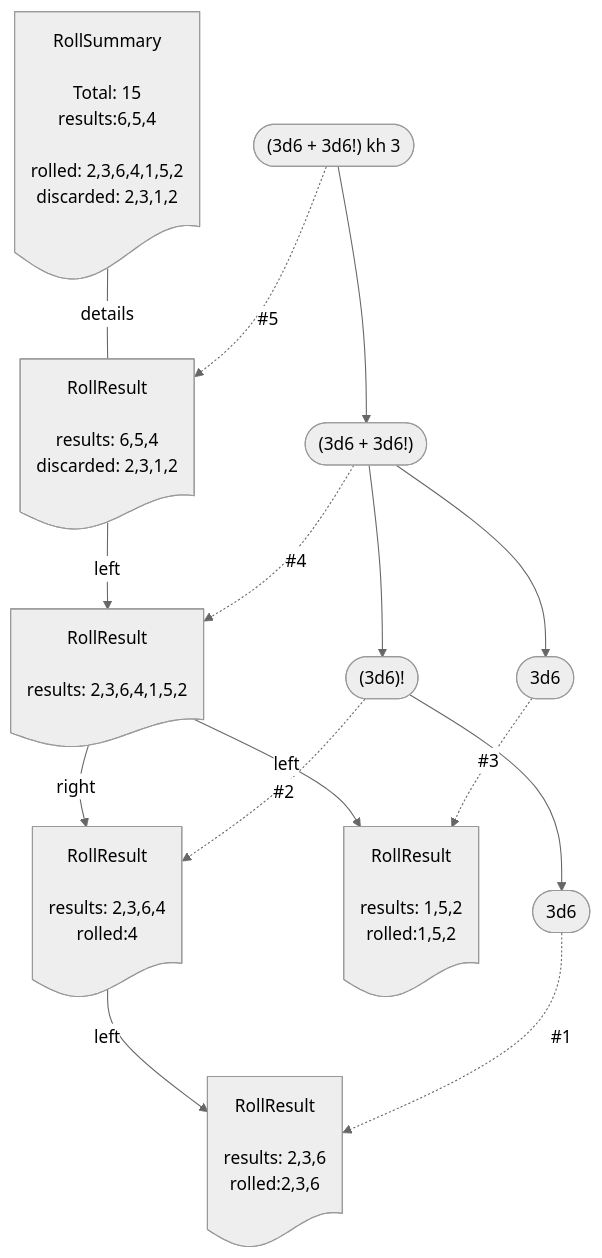
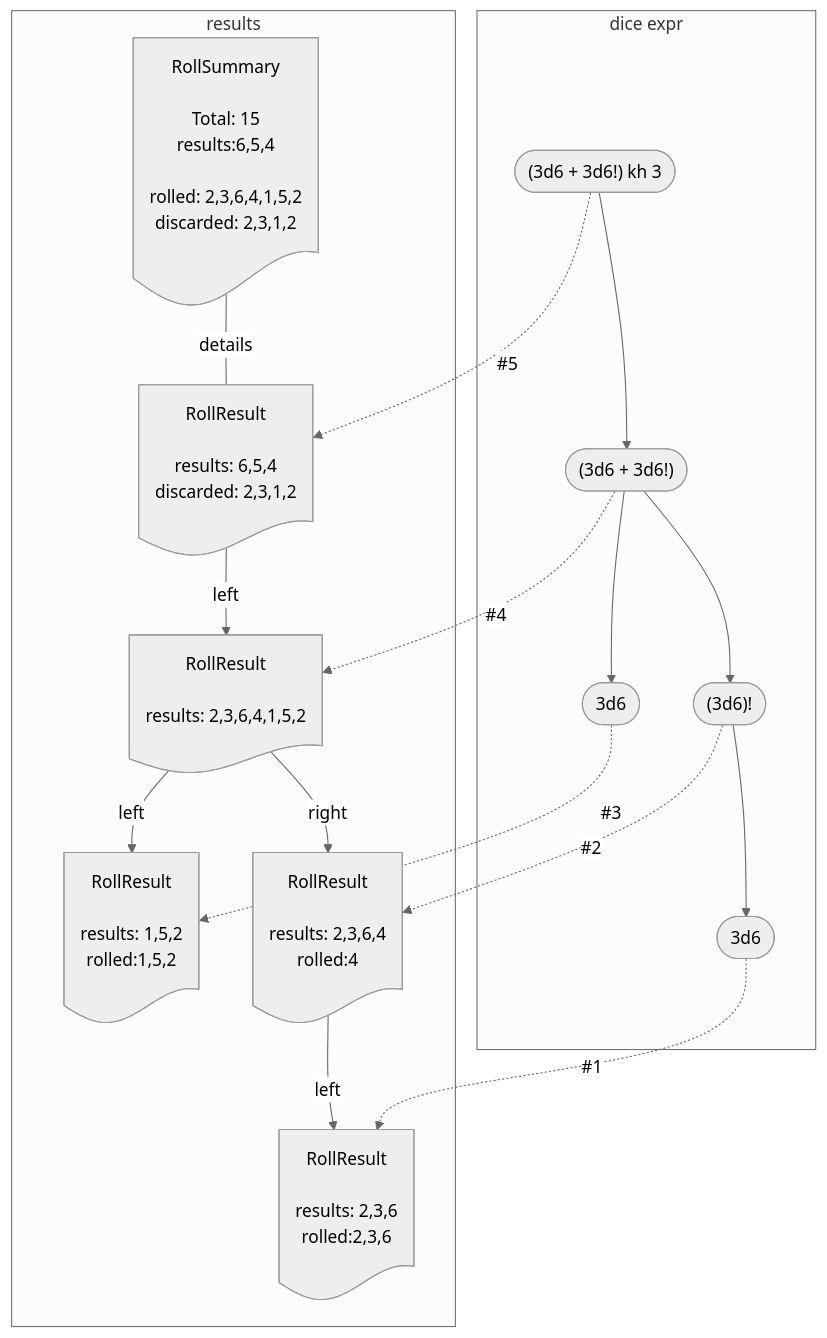
Before and after one commit to Adventuresmith/dart-dice-parser: the second of 2 diagrams in README.md, drawn with Mermaid (neutral theme).

Commit message:
use subgraphs

````diff
--- a/README.md
+++ b/README.md
@@ -309,27 +309,30 @@
 ```mermaid
 flowchart TD
-   
-    DROP --> ADD;
-    ADD --> ROLLB;
-    ADD --> EXPLODE;
-    EXPLODE --> ROLLA;
+    subgraph dice expr
+        DROP --> ADD;
+        ADD --> ROLLB;
+        ADD --> EXPLODE;
+        EXPLODE --> ROLLA;
+    end
 
-    SUMMARY ---|details| DROP_RESULT;
-    DROP_RESULT -->|left| ADD_RESULT;
-    ADD_RESULT -->|left| ROLLB_RESULT;
-    ADD_RESULT -->|right| EXPLODE_RESULT;
-    EXPLODE_RESULT -->|left| ROLLA_RESULT;
+    subgraph results
+        SUMMARY ---|details| DROP_RESULT;
+        DROP_RESULT -->|left| ADD_RESULT;
+        ADD_RESULT -->|left| ROLLB_RESULT;
+        ADD_RESULT -->|right| EXPLODE_RESULT;
+        EXPLODE_RESULT -->|left| ROLLA_RESULT;
+    end 
     
     ROLLA -.->|#1| ROLLA_RESULT@{ shape: doc, label: "RollResult <br/><br/>results: 2,3,6<br/>rolled:2,3,6" };
     EXPLODE -.->|#2| EXPLODE_RESULT@{ shape: doc, label: "RollResult <br/><br/>results: 2,3,6,4<br/>rolled:4"};
     ROLLB -.->|#3| ROLLB_RESULT@{ shape: doc, label: "RollResult <br/><br/>results: 1,5,2<br/>rolled:1,5,2"};
     ADD -.->|#4| ADD_RESULT@{ shape: doc, label: "RollResult <br/><br/>results: 2,3,6,4,1,5,2"};
     DROP -.->|#5| DROP_RESULT@{ shape: doc, label: "RollResult<br/><br/>results: 6,5,4<br/>discarded: 2,3,1,2"};
     
     DROP(["(3d6 + 3d6!) kh 3"]);
     ADD(["(3d6 + 3d6!)"]);
     ROLLB(["3d6"]);
     EXPLODE(["(3d6)!"]);
     ROLLA(["3d6"]);
     SUMMARY@{ shape: doc, label: "RollSummary<br/><br/>Total: 15 <br/>results:6,5,4<br/><br/>rolled: 2,3,6,4,1,5,2 <br/>discarded: 2,3,1,2" };
 ```
````
